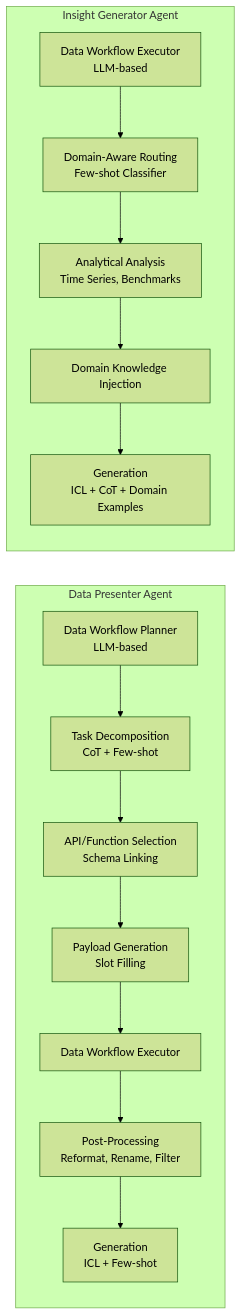
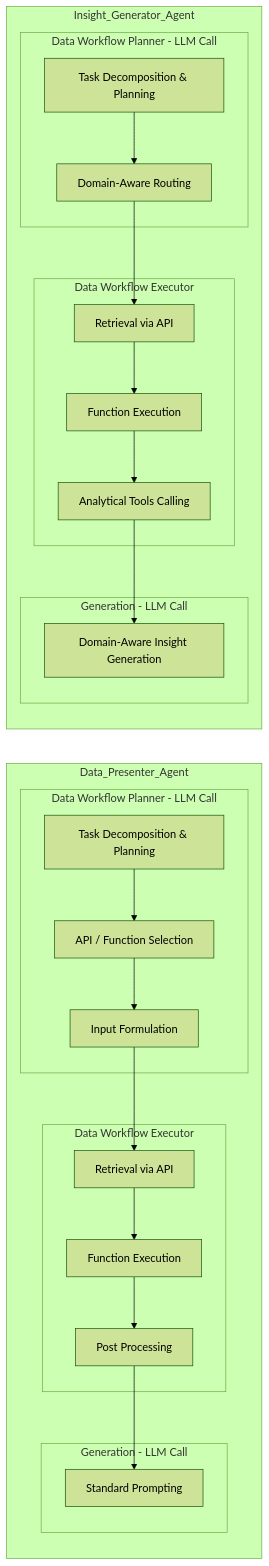
The second of 2 diagrams in Design.md (Mukulyadav2004/ai_for_bharat), drawn with Mermaid (forest theme) before and after one commit. The commit also changed other lines of this file, not shown here.

````diff
--- a/Design.md
+++ b/Design.md
@@ -85,20 +92,65 @@
 ```mermaid
 graph LR
-    subgraph Data Presenter Agent
-        DWP[Data Workflow Planner<br/>LLM-based]
-        DWP --> TaskDecomp[Task Decomposition<br/>CoT + Few-shot]
-        TaskDecomp --> APISelect[API/Function Selection<br/>Schema Linking]
-        APISelect --> SlotFill[Payload Generation<br/>Slot Filling]
-        SlotFill --> DWE[Data Workflow Executor]
-        DWE --> PostProc[Post-Processing<br/>Reformat, Rename, Filter]
-        PostProc --> GenDP[Generation<br/>ICL + Few-shot]
+
+%% =========================
+%% DATA PRESENTER AGENT
+%% =========================
+
+subgraph Data_Presenter_Agent
+
+    %% Planner
+    subgraph DP_Planner["Data Workflow Planner - LLM Call"]
+        DP_Task[Task Decomposition & Planning]
+        DP_API[API / Function Selection]
+        DP_Input[Input Formulation]
     end
-    
-    subgraph Insight Generator Agent
-        DWE2[Data Workflow Executor<br/>LLM-based]
-        DWE2 --> DomainRoute[Domain-Aware Routing<br/>Few-shot Classifier]
-        DomainRoute --> Analytics[Analytical Analysis<br/>Time Series, Benchmarks]
-        Analytics --> Knowledge[Domain Knowledge Injection]
-        Knowledge --> GenIG[Generation<br/>ICL + CoT + Domain Examples]
+
+    %% Executor
+    subgraph DP_Executor["Data Workflow Executor"]
+        DP_Retrieve[Retrieval via API]
+        DP_Function[Function Execution]
+        DP_Post[Post Processing]
     end
+
+    %% Generation
+    subgraph DP_Generation["Generation - LLM Call"]
+        DP_Gen[Standard Prompting]
+    end
+
+    %% Flow
+    DP_Task --> DP_API --> DP_Input --> DP_Retrieve
+    DP_Retrieve --> DP_Function --> DP_Post --> DP_Gen
+
+end
+
+
+%% =========================
+%% INSIGHT GENERATOR AGENT
+%% =========================
+
+subgraph Insight_Generator_Agent
+
+    %% Planner
+    subgraph IG_Planner["Data Workflow Planner - LLM Call"]
+        IG_Task[Task Decomposition & Planning]
+        IG_Domain[Domain-Aware Routing]
+    end
+
+    %% Executor
+    subgraph IG_Executor["Data Workflow Executor"]
+        IG_Retrieve[Retrieval via API]
+        IG_Function[Function Execution]
+        IG_Analytics[Analytical Tools Calling]
+    end
+
+    %% Generation
+    subgraph IG_Generation["Generation - LLM Call"]
+        IG_Gen[Domain-Aware Insight Generation]
+    end
+
+    %% Flow
+    IG_Task --> IG_Domain --> IG_Retrieve
+    IG_Retrieve --> IG_Function --> IG_Analytics --> IG_Gen
+
+end
 ```
````
